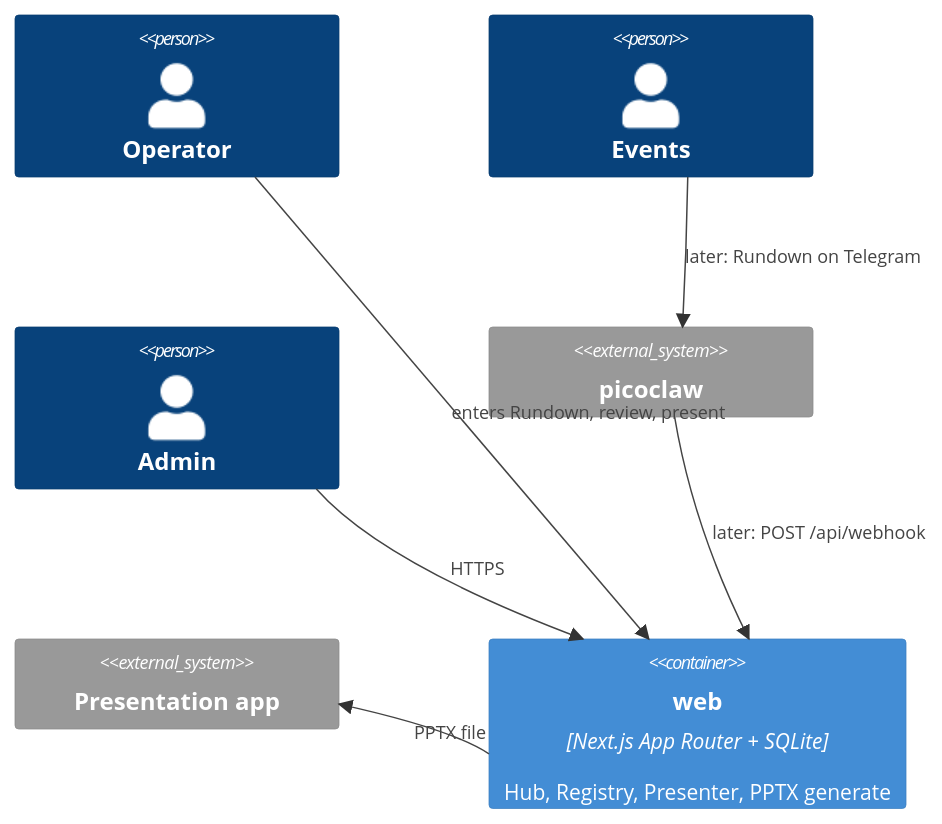
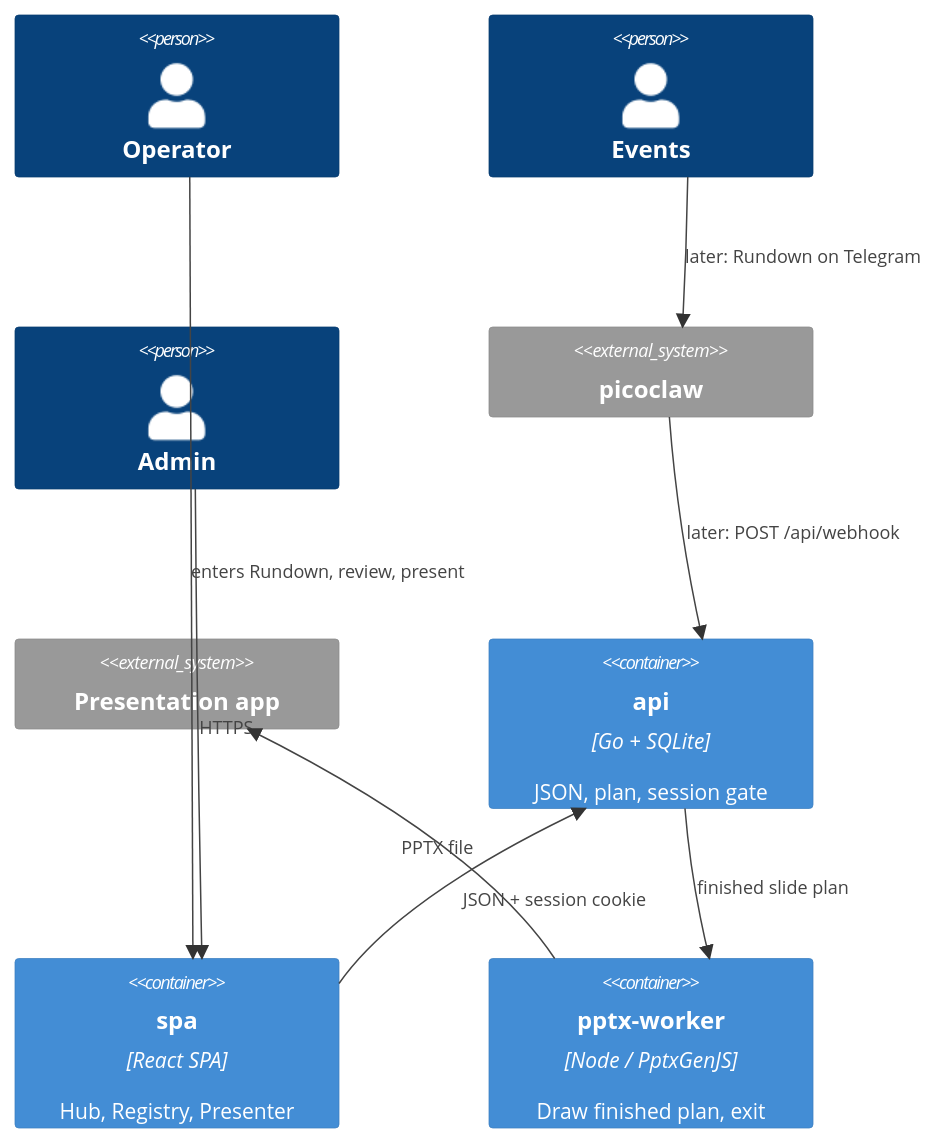
One commit to wiradigitalid/worship-presenter-web changed the diagram in .how/_platform/c4-l2-containers.md. Above: the diagram before and after it, drawn with Mermaid. The commit also changed other lines of this file and 87 other files, not shown here.

First line of the commit message:
feat: serve offline PPTX from a Go API and on-demand worker

````diff
--- a/.how/_platform/c4-l2-containers.md
+++ b/.how/_platform/c4-l2-containers.md
@@ -15,14 +15,18 @@
 ```mermaid
 C4Container
     Person(operator, "Operator")
     Person(events, "Events")
     Person(admin, "Admin")
     System_Ext(picoclaw, "picoclaw")
     System_Ext(ppt, "Presentation app")
-    Container(web, "web", "Next.js App Router + SQLite", "Hub, Registry, Presenter, PPTX generate")
-    Rel(operator, web, "enters Rundown, review, present")
-    Rel(admin, web, "HTTPS")
+    Container(api, "api", "Go + SQLite", "JSON, plan, session gate")
+    Container(spa, "spa", "React SPA", "Hub, Registry, Presenter")
+    Container(pptx, "pptx-worker", "Node / PptxGenJS", "Draw finished plan, exit")
+    Rel(operator, spa, "enters Rundown, review, present")
+    Rel(admin, spa, "HTTPS")
+    Rel(spa, api, "JSON + session cookie")
     Rel(events, picoclaw, "later: Rundown on Telegram")
-    Rel(picoclaw, web, "later: POST /api/webhook")
-    Rel(web, ppt, "PPTX file")
+    Rel(picoclaw, api, "later: POST /api/webhook")
+    Rel(api, pptx, "finished slide plan")
+    Rel(pptx, ppt, "PPTX file")
 ```
````
